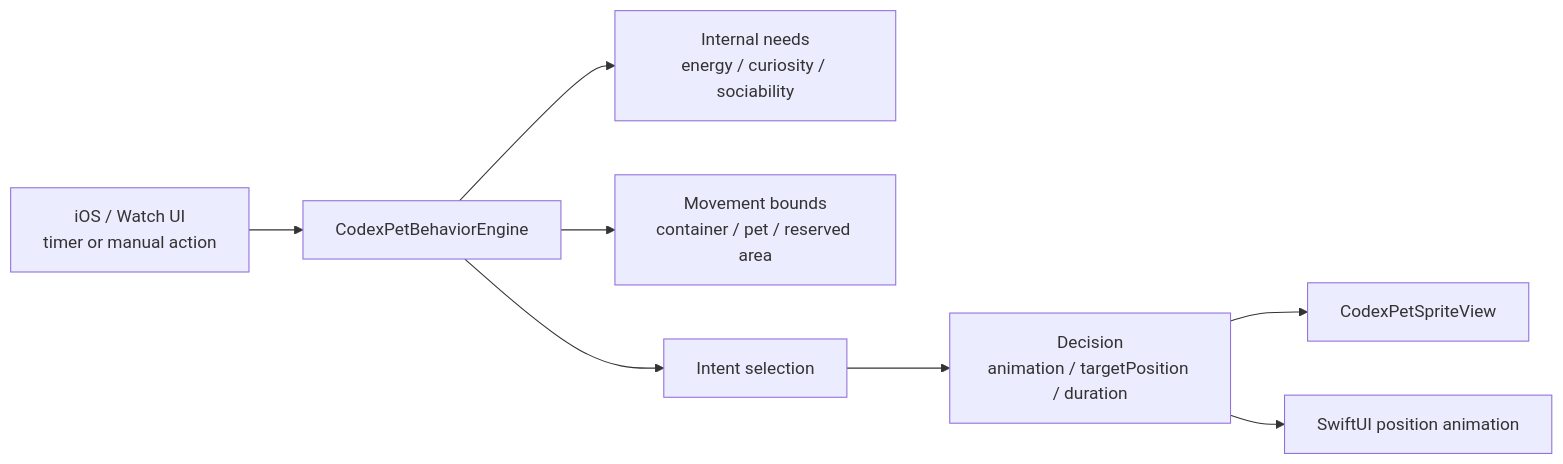
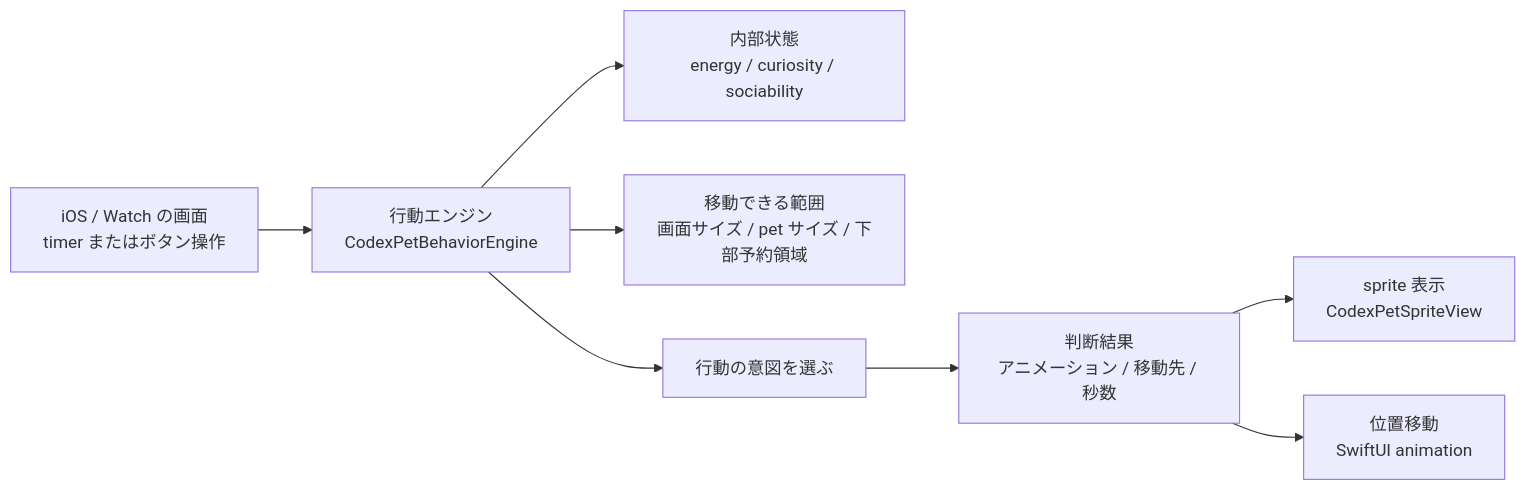
One commit to shiroemons/codex-pet-watch-sprite changed the first of 3 diagrams in docs/BehaviorEngine.md. Above: the diagram before and after it, drawn with Mermaid. The commit also changed other lines of this file, not shown here.

Commit message:
docs: localize behavior engine diagrams

````diff
--- a/docs/BehaviorEngine.md
+++ b/docs/BehaviorEngine.md
@@ -96,10 +98,10 @@
 ```mermaid
 flowchart LR
-    UI["iOS / Watch UI<br/>timer or manual action"] --> Engine["CodexPetBehaviorEngine"]
-    Engine --> Needs["Internal needs<br/>energy / curiosity / sociability"]
-    Engine --> Bounds["Movement bounds<br/>container / pet / reserved area"]
-    Engine --> Intent["Intent selection"]
-    Intent --> Decision["Decision<br/>animation / targetPosition / duration"]
-    Decision --> Sprite["CodexPetSpriteView"]
-    Decision --> Motion["SwiftUI position animation"]
+    UI["iOS / Watch の画面<br/>timer またはボタン操作"] --> Engine["行動エンジン<br/>CodexPetBehaviorEngine"]
+    Engine --> Needs["内部状態<br/>energy / curiosity / sociability"]
+    Engine --> Bounds["移動できる範囲<br/>画面サイズ / pet サイズ / 下部予約領域"]
+    Engine --> Intent["行動の意図を選ぶ"]
+    Intent --> Decision["判断結果<br/>アニメーション / 移動先 / 秒数"]
+    Decision --> Sprite["sprite 表示<br/>CodexPetSpriteView"]
+    Decision --> Motion["位置移動<br/>SwiftUI animation"]
 ```
````
